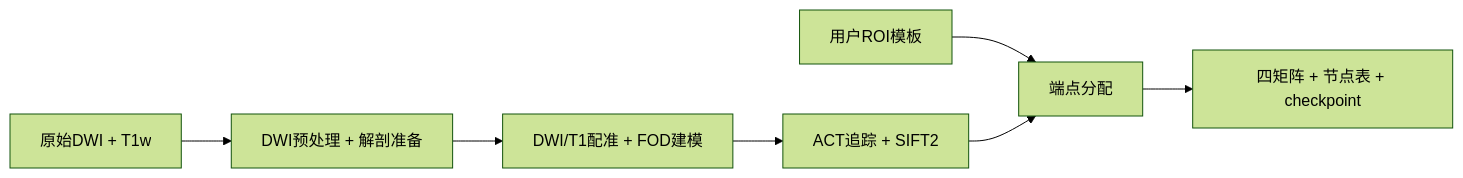
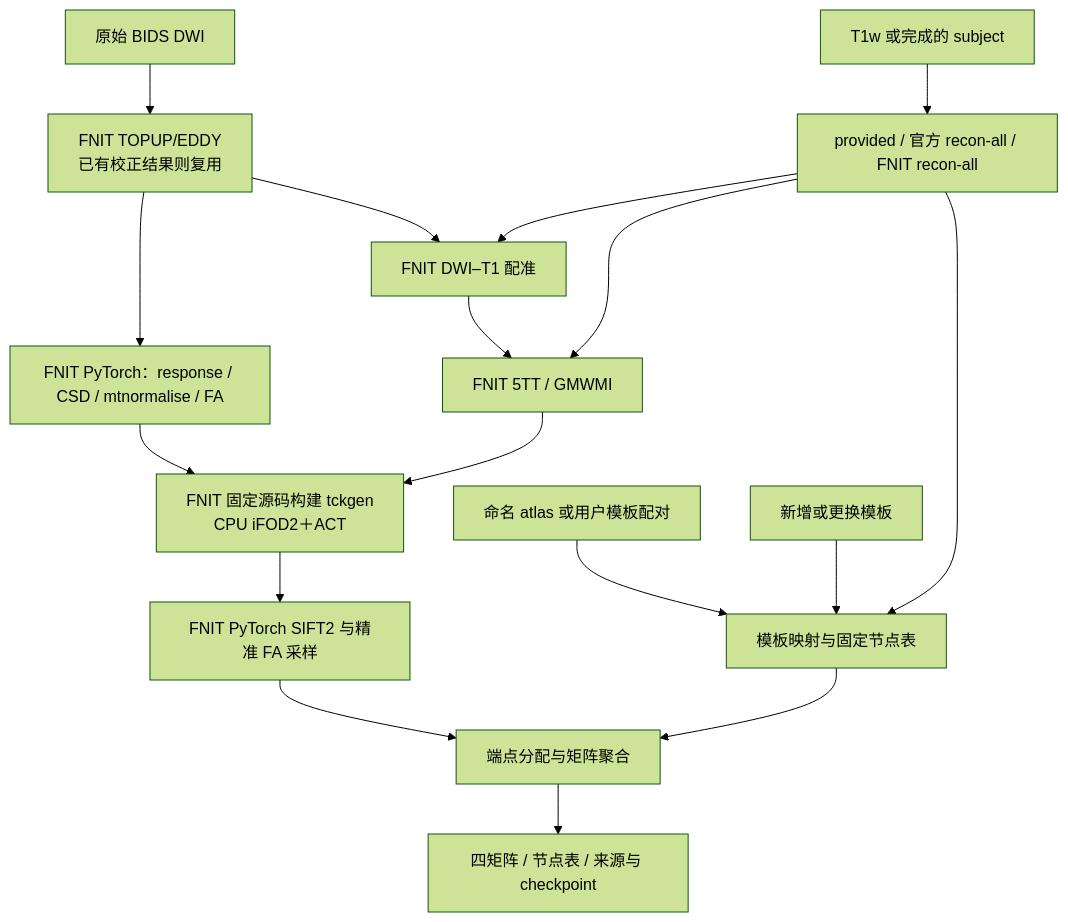
One commit to weikanggong1/Fudan-Neuroimaging-toolkit changed the diagram in docs/connectome/README.md. Above: the diagram before and after it, drawn with Mermaid (forest theme). The commit also changed other lines of this file and 63 other files, not shown here.

````diff
--- a/docs/connectome/README.md
+++ b/docs/connectome/README.md
@@ -23,9 +26,19 @@
 ```mermaid
-flowchart LR
-    A[原始DWI + T1w] --> B[DWI预处理 + 解剖准备]
-    B --> C[DWI/T1配准 + FOD建模]
-    C --> D[ACT追踪 + SIFT2]
-    E[用户ROI模板] --> F[端点分配]
-    D --> F
-    F --> G[四矩阵 + 节点表 + checkpoint]
+flowchart TD
+    A[原始 BIDS DWI] --> B[FNIT TOPUP/EDDY<br/>已有校正结果则复用]
+    T[T1w 或完成的 subject] --> R[provided / 官方 recon-all / FNIT recon-all]
+    B --> C[FNIT PyTorch：response / CSD / mtnormalise / FA]
+    B --> REG[FNIT DWI–T1 配准]
+    R --> REG
+    R --> ANAT[FNIT 5TT / GMWMI]
+    REG --> ANAT
+    C --> D[FNIT 固定源码构建 tckgen<br/>CPU iFOD2＋ACT]
+    ANAT --> D
+    D --> SIFT[FNIT PyTorch SIFT2 与精准 FA 采样]
+    E[命名 atlas 或用户模板配对] --> MAP[模板映射与固定节点表]
+    R --> MAP
+    MAP --> F[端点分配与矩阵聚合]
+    SIFT --> F
+    F --> G[四矩阵 / 节点表 / 来源与 checkpoint]
+    NEW[新增或更换模板] --> MAP
 ```
````
